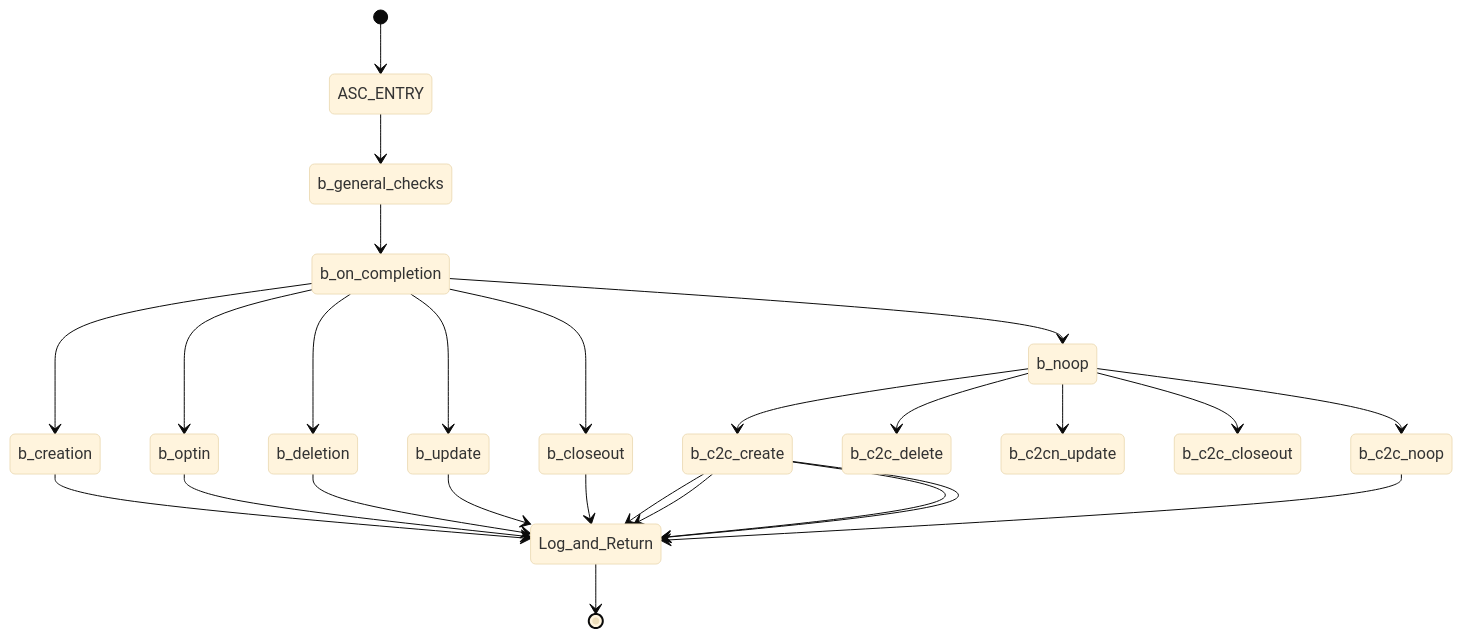
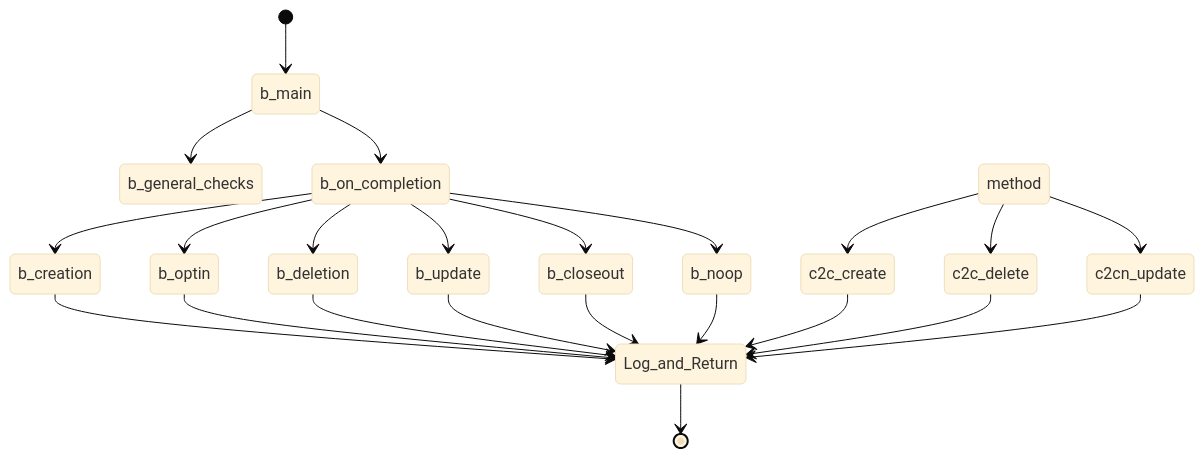
One commit to GoPlausible/.github changed the sixth of 9 diagrams in profile/README.md. Above: the diagram before and after it, drawn with Mermaid (base theme). The commit also changed other lines of this file, not shown here.

````diff
--- a/profile/README.md
+++ b/profile/README.md
@@ -190,29 +192,30 @@
 ```mermaid
   stateDiagram-v2
-    [*] --> ASC_ENTRY
-    ASC_ENTRY --> b_general_checks
-    b_general_checks --> b_on_completion
+    [*] --> b_main
+    b_main --> b_general_checks
+    b_main --> b_on_completion
     b_on_completion --> b_creation
     b_creation --> Log_and_Return
     b_on_completion --> b_optin
     b_optin --> Log_and_Return
     b_on_completion --> b_deletion
     b_deletion --> Log_and_Return
     b_on_completion --> b_update
     b_update --> Log_and_Return
     b_on_completion --> b_closeout
     b_closeout --> Log_and_Return
+
     b_on_completion --> b_noop
-    b_noop --> b_c2c_create
-    b_c2c_create --> Log_and_Return
-    b_noop --> b_c2c_delete
-    b_c2c_create --> Log_and_Return
-    b_noop --> b_c2cn_update
-    b_c2c_create --> Log_and_Return
-    b_noop --> b_c2c_closeout
-    b_c2c_create --> Log_and_Return
-    b_noop --> b_c2c_noop
-    b_c2c_noop --> Log_and_Return
+    b_noop --> Log_and_Return
+
+    method --> c2c_create
+    c2c_create --> Log_and_Return
+    method --> c2c_delete
+    c2c_delete --> Log_and_Return
+    method --> c2cn_update
+    c2cn_update --> Log_and_Return
+
+   
     Log_and_Return --> [*]
     
 ```
````
